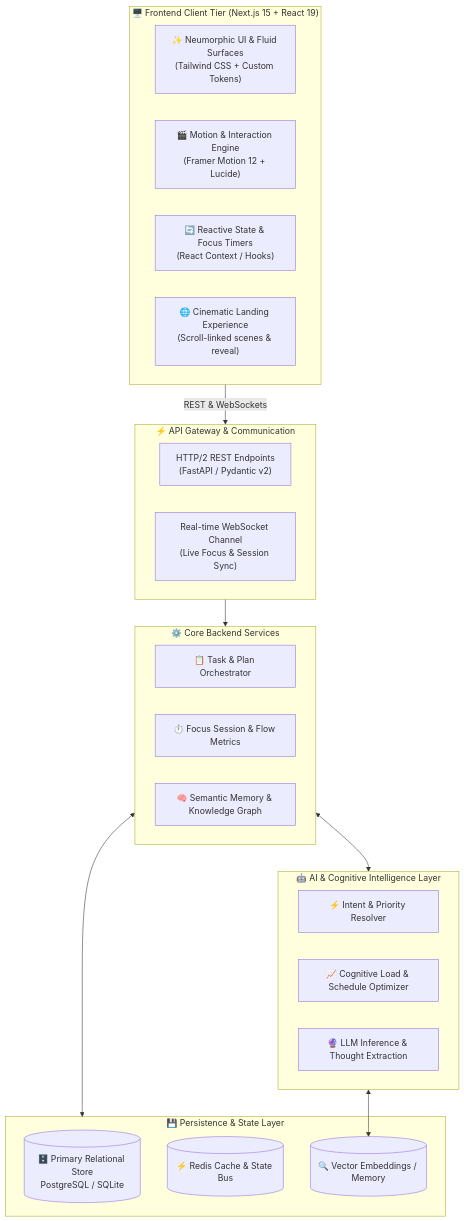
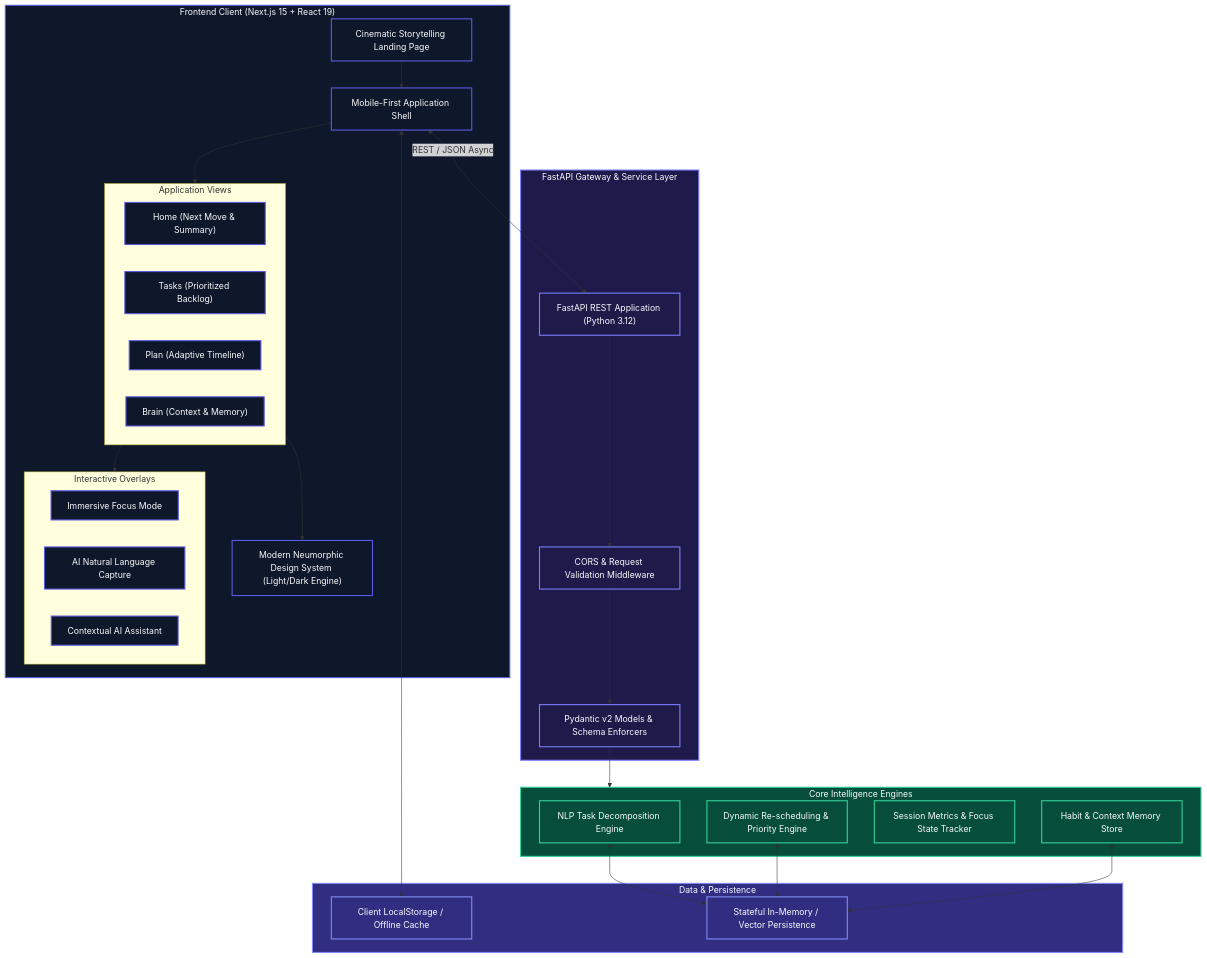
Before and after one commit to srinivas2s/flow: the second of 2 diagrams in README.md, drawn with Mermaid. The commit also changed other lines of this file, not shown here.

````diff
--- a/README.md
+++ b/README.md
@@ -92,38 +102,66 @@
 ```mermaid
-flowchart TB
-    subgraph Client["🖥️ Frontend Client Tier (Next.js 15 + React 19)"]
-        UI["✨ Neumorphic UI & Fluid Surfaces<br/>(Tailwind CSS + Custom Tokens)"]
-        Motion["🎬 Motion & Interaction Engine<br/>(Framer Motion 12 + Lucide)"]
-        State["🔄 Reactive State & Focus Timers<br/>(React Context / Hooks)"]
-        Landing["🌐 Cinematic Landing Experience<br/>(Scroll-linked scenes & reveal)"]
+graph TB
+    subgraph Client["Frontend Client (Next.js 15 + React 19)"]
+        Landing["Cinematic Storytelling Landing Page"]
+        AppShell["Mobile-First Application Shell"]
+        
+        subgraph AppScreens["Application Views"]
+            HomeScreen["Home (Next Move & Summary)"]
+            TaskScreen["Tasks (Prioritized Backlog)"]
+            PlanScreen["Plan (Adaptive Timeline)"]
+            BrainScreen["Brain (Context & Memory)"]
+        end
+        
+        subgraph ModalsOverlays["Interactive Overlays"]
+            FocusOverlay["Immersive Focus Mode"]
+            CaptureModal["AI Natural Language Capture"]
+            AssistantDrawer["Contextual AI Assistant"]
+        end
+        
+        DesignSys["Modern Neumorphic Design System (Light/Dark Engine)"]
     end
 
-    subgraph Gateway["⚡ API Gateway & Communication"]
-        REST["HTTP/2 REST Endpoints<br/>(FastAPI / Pydantic v2)"]
-        WS["Real-time WebSocket Channel<br/>(Live Focus & Session Sync)"]
+    subgraph BackendGateway["FastAPI Gateway & Service Layer"]
+        FastAPIApp["FastAPI REST Application (Python 3.12)"]
+        CORS["CORS & Request Validation Middleware"]
+        PydanticSchemas["Pydantic v2 Models & Schema Enforcers"]
     end
 
-    subgraph Backend["⚙️ Core Backend Services"]
-        TaskSvc["📋 Task & Plan Orchestrator"]
-        FocusSvc["⏱️ Focus Session & Flow Metrics"]
-        MemorySvc["🧠 Semantic Memory & Knowledge Graph"]
+    subgraph CoreEngines["Core Intelligence Engines"]
+        DecompEngine["NLP Task Decomposition Engine"]
+        AdaptiveEngine["Dynamic Re-scheduling & Priority Engine"]
+        FocusEngine["Session Metrics & Focus State Tracker"]
+        MemoryEngine["Habit & Context Memory Store"]
     end
 
-    subgraph AI["🤖 AI & Cognitive Intelligence Layer"]
-        Classifier["⚡ Intent & Priority Resolver"]
-        Optimizer["📈 Cognitive Load & Schedule Optimizer"]
-        LLM["🔮 LLM Inference & Thought Extraction"]
+    subgraph DataStorage["Data & Persistence"]
+        LocalCache["Client LocalStorage / Offline Cache"]
+        BackendStore["Stateful In-Memory / Vector Persistence"]
     end
 
-    subgraph Data["💾 Persistence & State Layer"]
-        DB[("🗄️ Primary Relational Store<br/>PostgreSQL / SQLite")]
-        Cache[("⚡ Redis Cache & State Bus")]
-        Vector[("🔍 Vector Embeddings / Memory")]
-    end
+    %% Connections
+    Landing --> AppShell
+    AppShell --> AppScreens
+    AppScreens --> ModalsOverlays
+    AppScreens --> DesignSys
+    
+    AppShell <-->|REST / JSON Async| FastAPIApp
+    FastAPIApp --> CORS
+    CORS --> PydanticSchemas
+    PydanticSchemas --> CoreEngines
+    
+    DecompEngine <--> BackendStore
+    AdaptiveEngine <--> BackendStore
+    MemoryEngine <--> BackendStore
+    AppShell <--> LocalCache
 
-    Client -->|REST & WebSockets| Gateway
-    Gateway --> Backend
-    Backend <--> AI
-    Backend <--> Data
-    AI <--> Vector
+    classDef clientStyle fill:#0F172A,stroke:#5B5CE2,stroke-width:2px,color:#F8FAFC;
+    classDef serverStyle fill:#1E1B4B,stroke:#7C7DFF,stroke-width:2px,color:#F8FAFC;
+    classDef engineStyle fill:#064E3B,stroke:#34D399,stroke-width:2px,color:#F8FAFC;
+    classDef storeStyle fill:#312E81,stroke:#818CF8,stroke-width:2px,color:#F8FAFC;
+
+    class Client,Landing,AppShell,HomeScreen,TaskScreen,PlanScreen,BrainScreen,FocusOverlay,CaptureModal,AssistantDrawer,DesignSys clientStyle;
+    class BackendGateway,FastAPIApp,CORS,PydanticSchemas serverStyle;
+    class CoreEngines,DecompEngine,AdaptiveEngine,FocusEngine,MemoryEngine engineStyle;
+    class DataStorage,LocalCache,BackendStore storeStyle;
 ```
````
